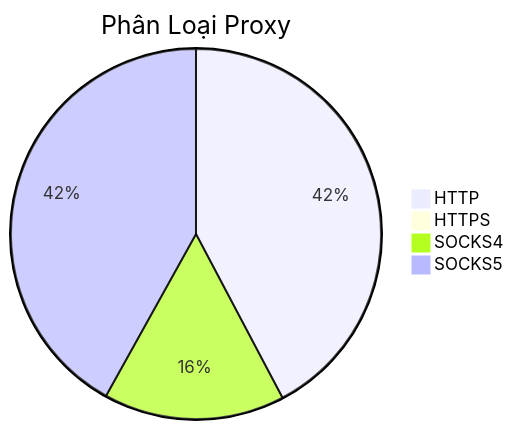
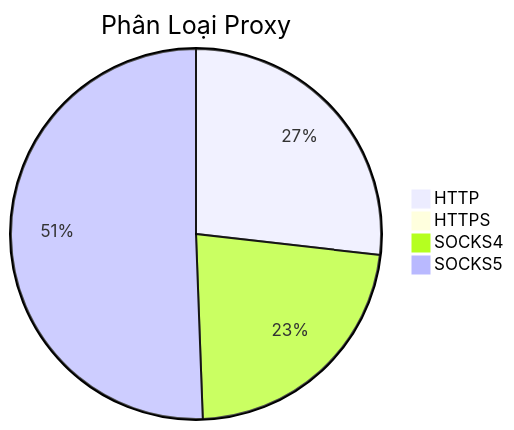
One commit to Ciara-12/PROXY-free changed the diagram in README.md. Above: the diagram before and after it, drawn with Mermaid. The commit also changed other lines of this file and 3 other files, not shown here.

````diff
--- a/README.md
+++ b/README.md
@@ -26,7 +26,7 @@
 ```mermaid
 pie title Phân Loại Proxy
-    "HTTP" : 992
+    "HTTP" : 389
     "HTTPS" : 0
-    "SOCKS4" : 371
-    "SOCKS5" : 984
+    "SOCKS4" : 328
+    "SOCKS5" : 734
 ```
````
